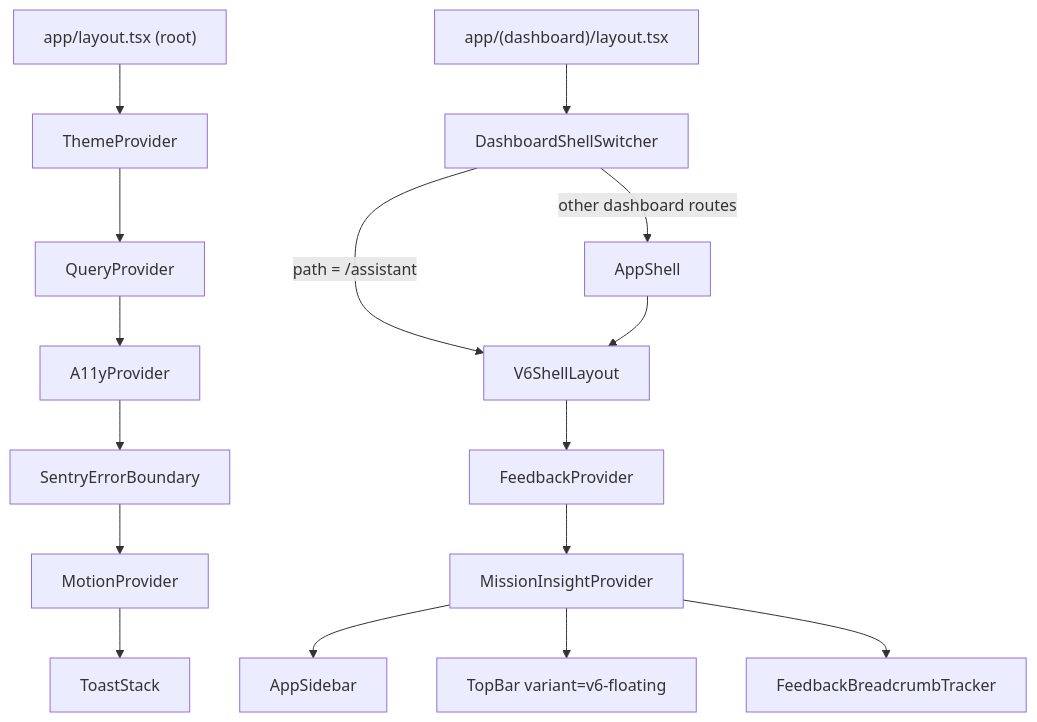
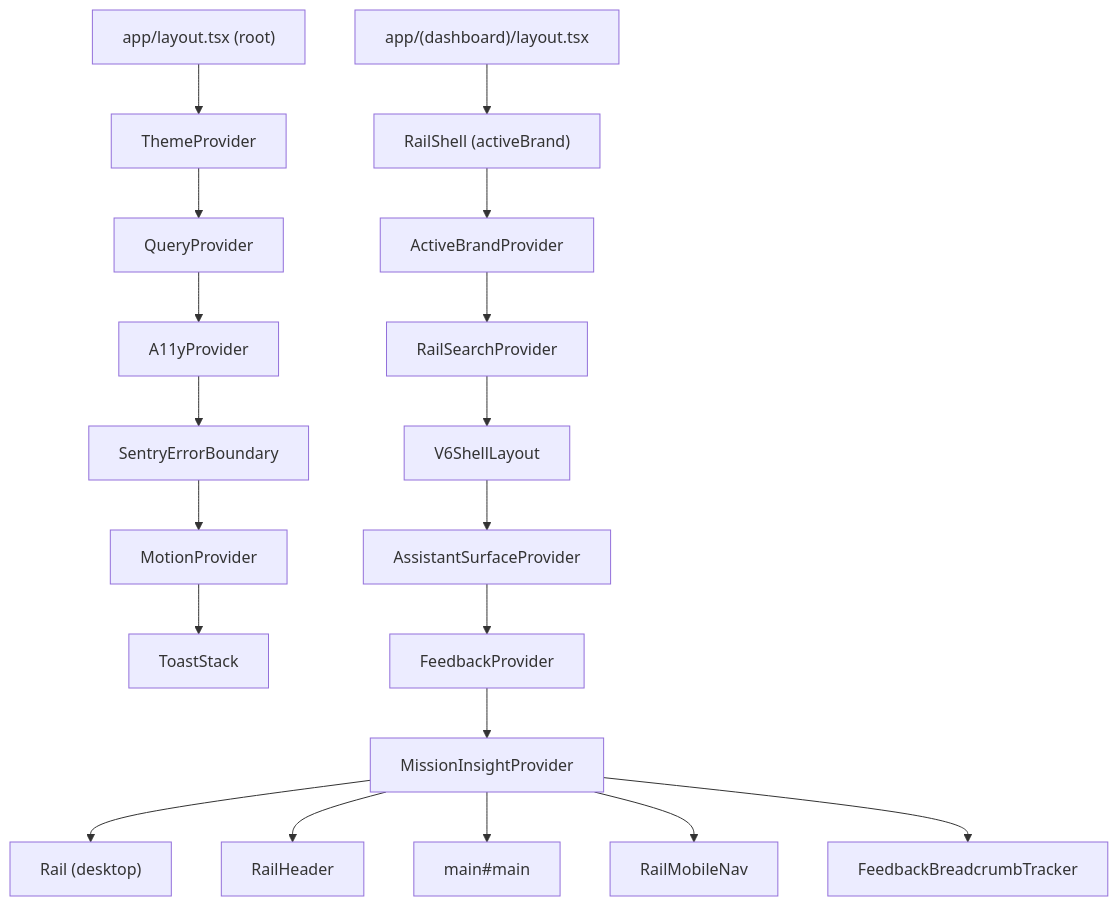
One commit to jhowtkd/adscale changed the first of 2 diagrams in docs/COMPONENTS.md. Above: the diagram before and after it, drawn with Mermaid. The commit also changed other lines of this file and 12 other files, not shown here.

First line of the commit message:
docs(caminho-unico): the docs describe the rail shell and the conversation; drop dead leftovers

````diff
--- a/docs/COMPONENTS.md
+++ b/docs/COMPONENTS.md
@@ -43,20 +43,23 @@
 ```mermaid
 graph TD
   Root["app/layout.tsx (root)"] --> Theme["ThemeProvider"]
   Theme --> Query["QueryProvider"]
   Query --> A11y["A11yProvider"]
   A11y --> Sentry["SentryErrorBoundary"]
   Sentry --> Motion["MotionProvider"]
   Motion --> Toast["ToastStack"]
 
-  Dash["app/(dashboard)/layout.tsx"] --> Switcher["DashboardShellSwitcher"]
-  Switcher -->|path = /assistant| V6Shell["V6ShellLayout"]
-  Switcher -->|other dashboard routes| AppShell["AppShell"]
-  AppShell --> V6Shell
+  Dash["app/(dashboard)/layout.tsx"] --> Rail["RailShell (activeBrand)"]
+  Rail --> Brand["ActiveBrandProvider"]
+  Brand --> Search["RailSearchProvider"]
+  Search --> V6Shell["V6ShellLayout"]
 
-  V6Shell --> FB["FeedbackProvider"]
+  V6Shell --> AS["AssistantSurfaceProvider"]
+  AS --> FB["FeedbackProvider"]
   FB --> MI["MissionInsightProvider"]
-  MI --> Sidebar["AppSidebar"]
-  MI --> TopBar["TopBar variant=v6-floating"]
+  MI --> RailNav["Rail (desktop)"]
+  MI --> Header["RailHeader"]
+  MI --> Main["main#main"]
+  MI --> Mobile["RailMobileNav"]
   MI --> Breadcrumb["FeedbackBreadcrumbTracker"]
 ```
````
